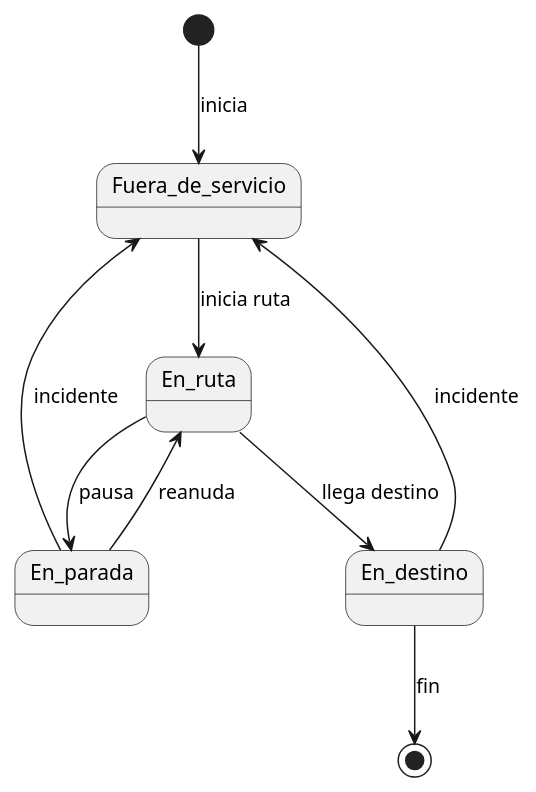
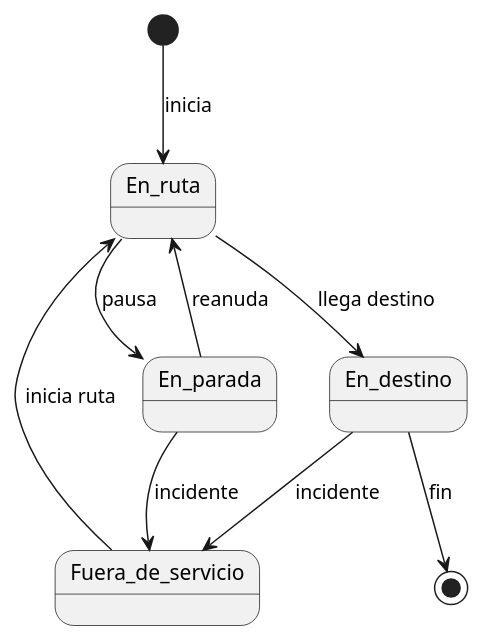
Before and after one commit to Ingenieria-Informatica-UNEATLANTICO/app-actividad-post-parcial-nekiiiiis: the diagram in modelosUML/examenParcial/diagramaEstadosVehiculo.puml, drawn with PlantUML. The commit also changed 3 other files, not shown here.

```diff
--- a/modelosUML/examenParcial/diagramaEstadosVehiculo.puml
+++ b/modelosUML/examenParcial/diagramaEstadosVehiculo.puml
@@ -1,10 +1,10 @@
 @startuml "Vehículo"
-[*] --> Fuera_de_servicio : inicia
+[*] --> En_ruta : inicia
 Fuera_de_servicio --> En_ruta : inicia ruta
 En_ruta --> En_parada : pausa
 En_parada --> En_ruta : reanuda
 En_ruta --> En_destino : llega destino
 En_destino --> Fuera_de_servicio : incidente
 En_parada --> Fuera_de_servicio : incidente
 En_destino --> [*] : fin
 @enduml
```
